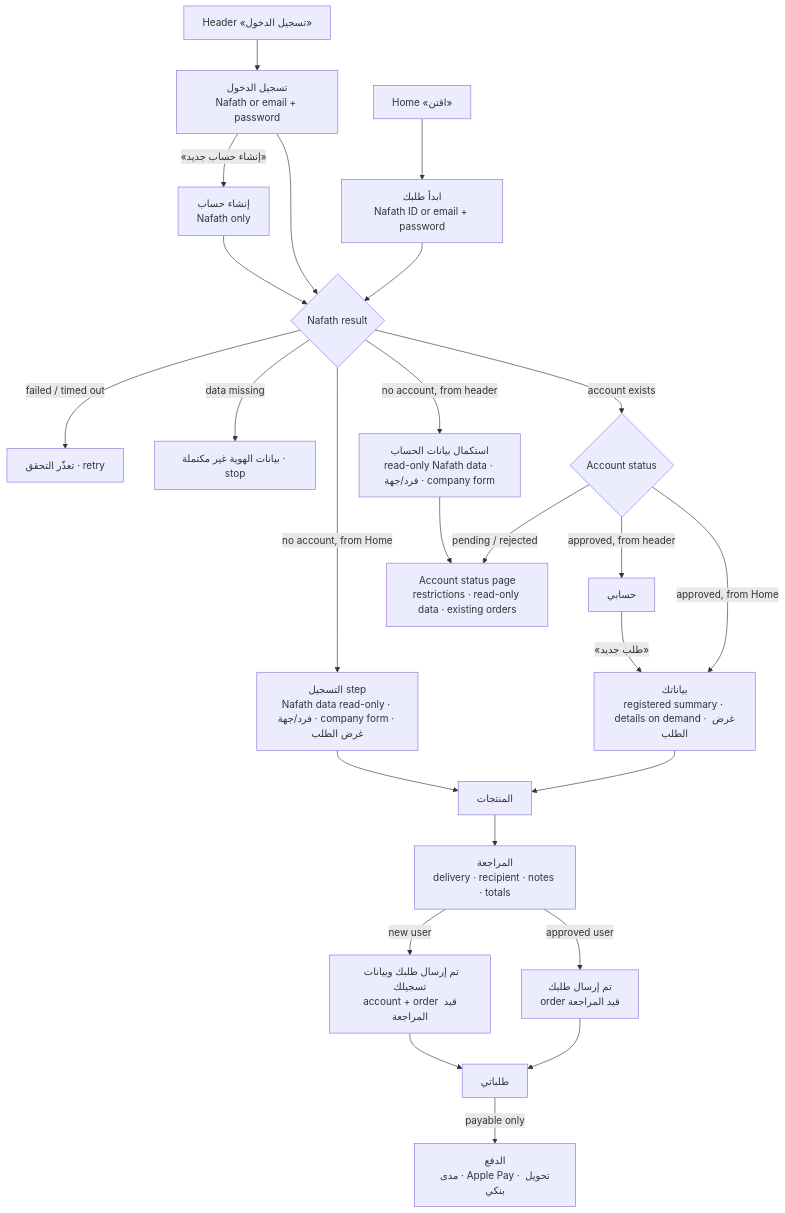
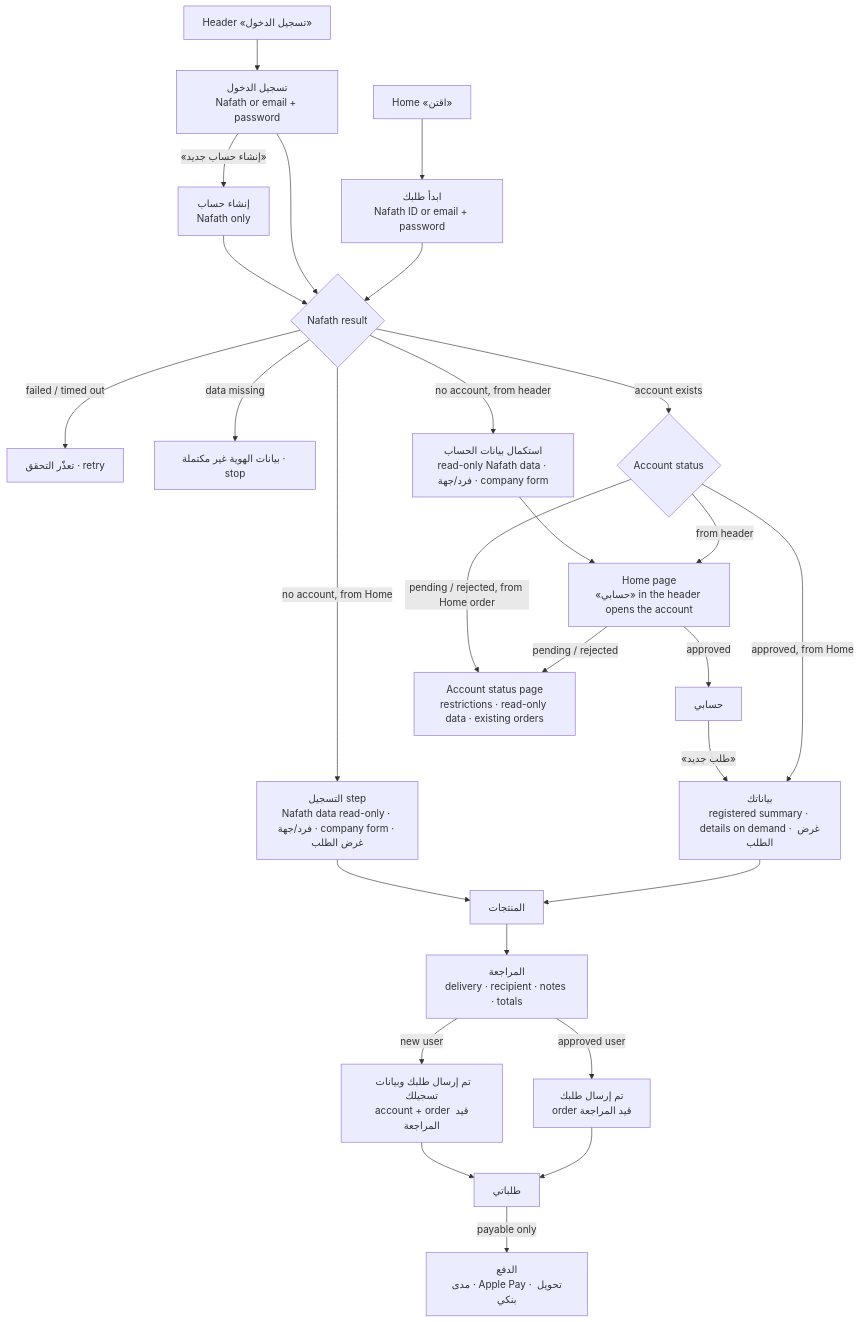
One commit to hagersaeedd363-lgtm/NTG changed the first of 3 diagrams in app/docs/portal-ux.md. Above: the diagram before and after it, drawn with Mermaid. The commit also changed other lines of this file and 4 other files, not shown here.

First line of the commit message:
Land on the home page after navbar sign-in or registration

````diff
--- a/app/docs/portal-ux.md
+++ b/app/docs/portal-ux.md
@@ -8,26 +8,28 @@
 ```mermaid
 flowchart TD
   H[Home «اقتن»] --> ID[ابدأ طلبك<br/>Nafath ID or email + password]
   N[Header «تسجيل الدخول»] --> L[تسجيل الدخول<br/>Nafath or email + password]
   L -- «إنشاء حساب جديد» --> R[إنشاء حساب<br/>Nafath only]
   ID --> V{Nafath result}
   L --> V
   R --> V
   V -- failed / timed out --> VF[تعذّر التحقق · retry]
   V -- data missing --> VM[بيانات الهوية غير مكتملة · stop]
   V -- account exists --> A{Account status}
   V -- no account, from Home --> REG1[التسجيل step<br/>Nafath data read-only · فرد/جهة · company form · غرض الطلب]
   V -- no account, from header --> REG2[استكمال بيانات الحساب<br/>read-only Nafath data · فرد/جهة · company form]
   A -- approved, from Home --> SUM[بياناتك<br/>registered summary · details on demand · غرض الطلب]
-  A -- approved, from header --> P[حسابي]
-  A -- pending / rejected --> ST[Account status page<br/>restrictions · read-only data · existing orders]
+  A -- from header --> HM[Home page<br/>«حسابي» in the header opens the account]
+  HM -- approved --> P[حسابي]
+  HM -- pending / rejected --> ST[Account status page<br/>restrictions · read-only data · existing orders]
+  A -- pending / rejected, from Home order --> ST
   P -- «طلب جديد» --> SUM
   SUM --> PR[المنتجات] --> RV[المراجعة<br/>delivery · recipient · notes · totals]
   REG1 --> PR
   RV -- approved user --> D1[تم إرسال طلبك<br/>order قيد المراجعة]
   RV -- new user --> D2[تم إرسال طلبك وبيانات تسجيلك<br/>account + order قيد المراجعة]
-  REG2 --> ST
+  REG2 --> HM
   D1 --> O[طلباتي]
   D2 --> O
   O -- payable only --> PAY[الدفع<br/>مدى · Apple Pay · تحويل بنكي]
 ```
````
